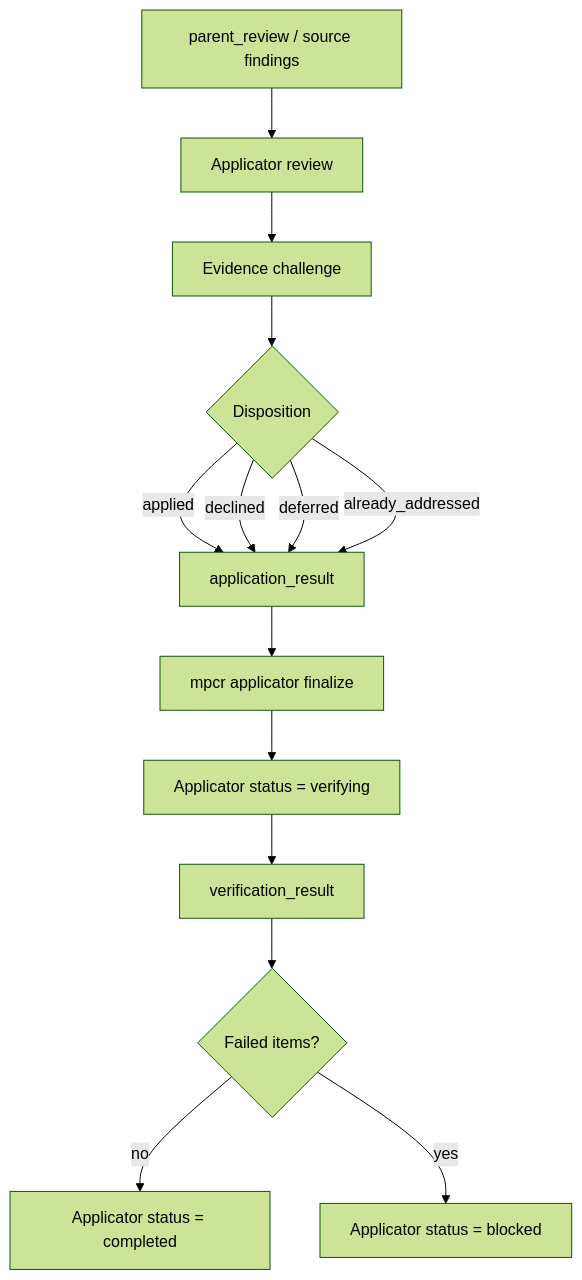
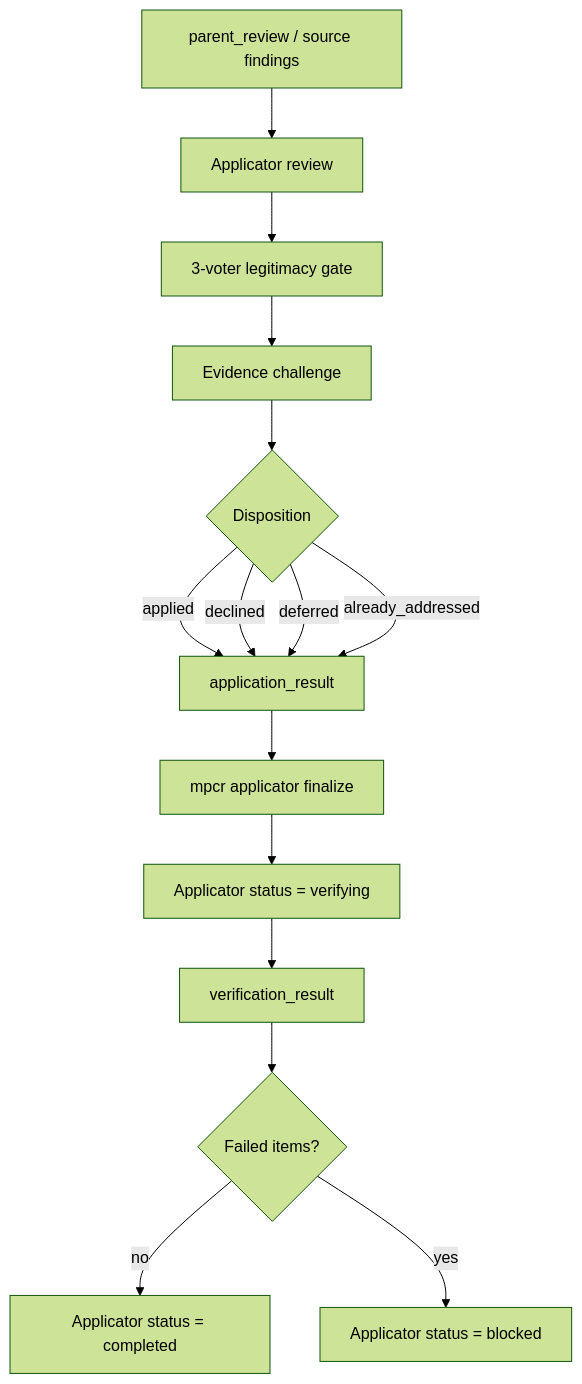
One commit to DevGuyRash/agent-tooling changed the first of 2 diagrams in skills/code-review/context/03-applicator-flow.md. Above: the diagram before and after it, drawn with Mermaid (forest theme). The commit also changed 21 other files, not shown here.

````diff
--- a/skills/code-review/context/03-applicator-flow.md
+++ b/skills/code-review/context/03-applicator-flow.md
@@ -5,16 +5,17 @@
 ```mermaid
 flowchart TD
     A[parent_review / source findings] --> B[Applicator review]
-    B --> C[Evidence challenge]
-    C --> D{Disposition}
-    D -->|applied| E[application_result]
-    D -->|declined| E
-    D -->|deferred| E
-    D -->|already_addressed| E
-    E --> F[mpcr applicator finalize]
-    F --> G[Applicator status = verifying]
-    G --> H[verification_result]
-    H --> I{Failed items?}
-    I -->|no| J[Applicator status = completed]
-    I -->|yes| K[Applicator status = blocked]
+    B --> C[3-voter legitimacy gate]
+    C --> D[Evidence challenge]
+    D --> E{Disposition}
+    E -->|applied| F[application_result]
+    E -->|declined| F
+    E -->|deferred| F
+    E -->|already_addressed| F
+    F --> G[mpcr applicator finalize]
+    G --> H[Applicator status = verifying]
+    H --> I[verification_result]
+    I --> J{Failed items?}
+    J -->|no| K[Applicator status = completed]
+    J -->|yes| L[Applicator status = blocked]
 ```
````
